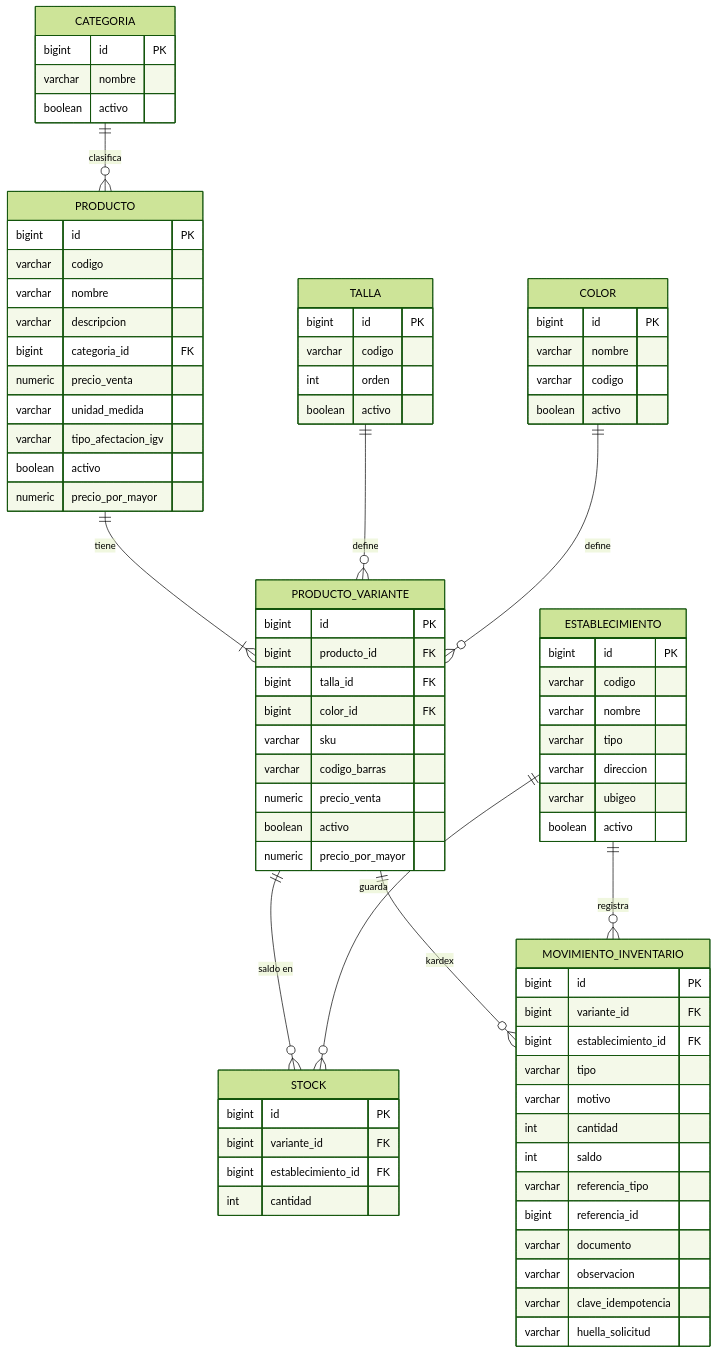
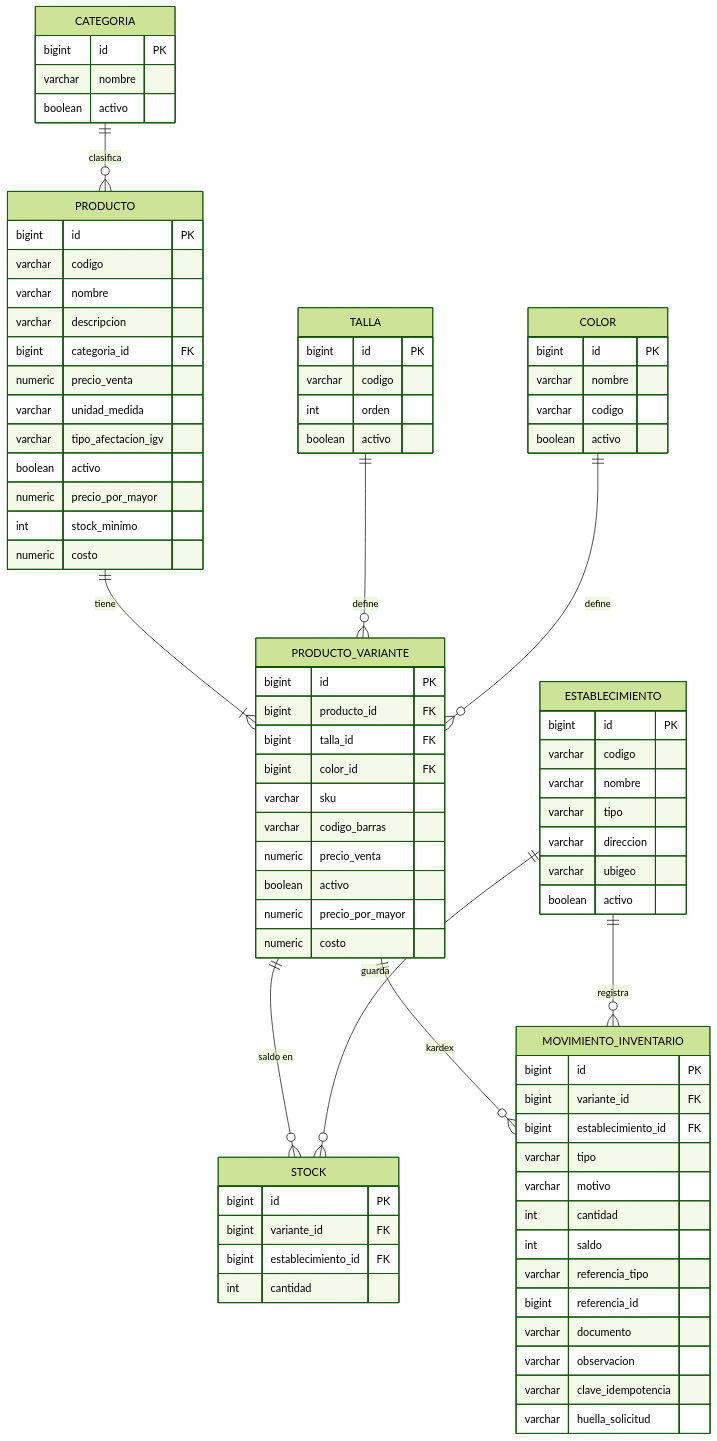
Before and after one commit to JhonAlex1997/All-Store: the first of 5 diagrams in docs/modelo-datos.md, drawn with Mermaid (forest theme). The commit also changed other lines of this file and 1 other file, not shown here.

```diff
--- a/docs/modelo-datos.md
+++ b/docs/modelo-datos.md
@@ -49,6 +50,8 @@
     varchar tipo_afectacion_igv
     boolean activo
     numeric precio_por_mayor
+    int stock_minimo
+    numeric costo
   }
   PRODUCTO_VARIANTE {
     bigint id PK
@@ -60,6 +63,7 @@
     numeric precio_venta
     boolean activo
     numeric precio_por_mayor
+    numeric costo
   }
   ESTABLECIMIENTO {
     bigint id PK
```
